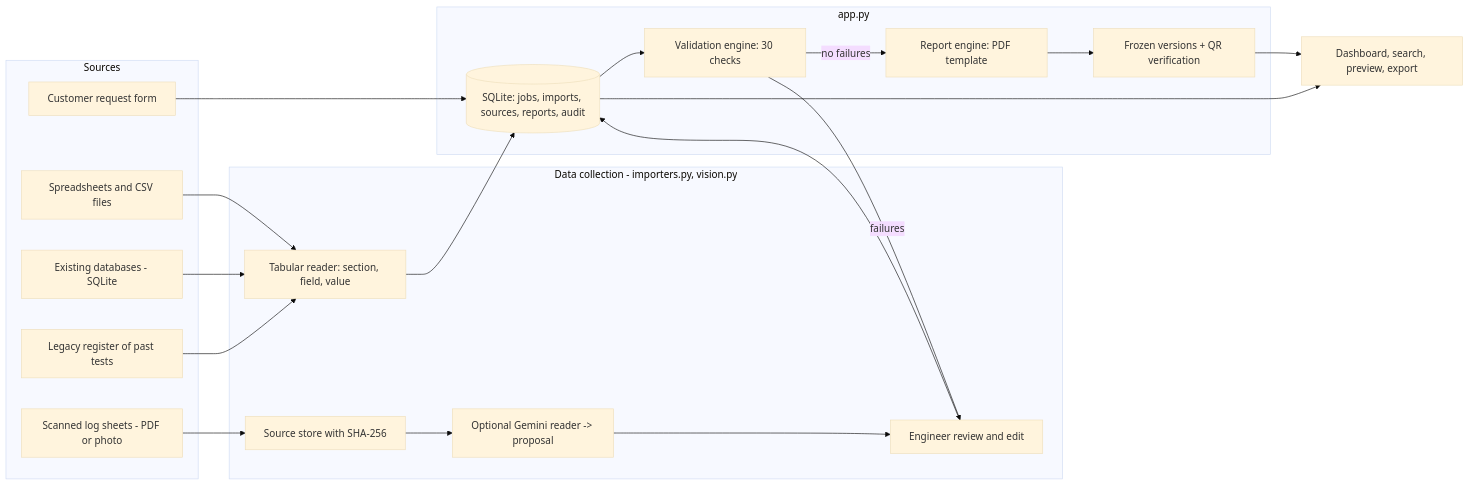
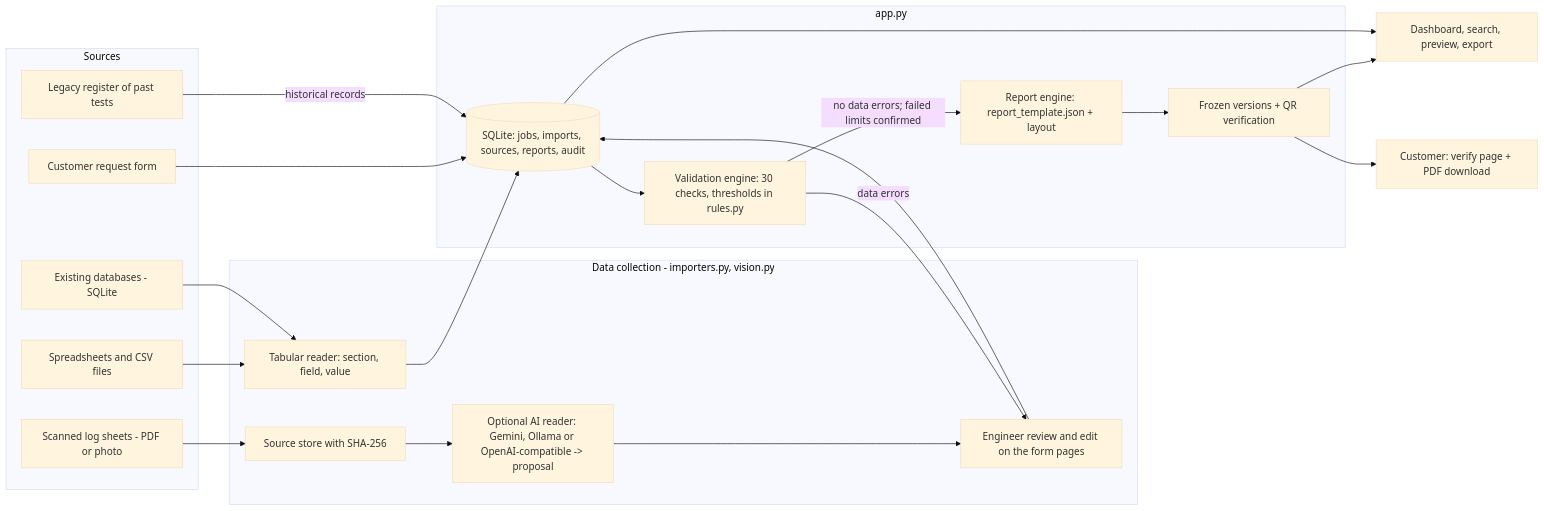
One commit to sid-zyy/Aletheia changed the diagram in docs/ARCHITECTURE.md. Above: the diagram before and after it, drawn with Mermaid (base theme). The commit also changed other lines of this file and 14 other files, not shown here.

````diff
--- a/docs/ARCHITECTURE.md
+++ b/docs/ARCHITECTURE.md
@@ -3,33 +5,35 @@
 ```mermaid
 flowchart LR
     subgraph Sources
         A1[Customer request form]
         A2[Spreadsheets and CSV files]
         A3[Existing databases - SQLite]
         A4[Scanned log sheets - PDF or photo]
         A5[Legacy register of past tests]
     end
     subgraph Collection["Data collection - importers.py, vision.py"]
         B1[Tabular reader: section, field, value]
         B2[Source store with SHA-256]
-        B3[Optional Gemini reader -> proposal]
-        B4[Engineer review and edit]
+        B3[Optional AI reader: Gemini, Ollama or OpenAI-compatible -> proposal]
+        B4[Engineer review and edit on the form pages]
     end
     subgraph Core["app.py"]
         C1[(SQLite: jobs, imports, sources, reports, audit)]
-        C2[Validation engine: 30 checks]
-        C3[Report engine: PDF template]
+        C2[Validation engine: 30 checks, thresholds in rules.py]
+        C3[Report engine: report_template.json + layout]
         C4[Frozen versions + QR verification]
     end
     D[Dashboard, search, preview, export]
+    E[Customer: verify page + PDF download]
     A1 --> C1
     A2 --> B1
     A3 --> B1
-    A5 --> B1
+    A5 -->|historical records| C1
     A4 --> B2 --> B3 --> B4
     B1 --> C1
     B4 --> C1
-    C1 --> C2 -->|no failures| C3 --> C4 --> D
-    C2 -->|failures| B4
+    C1 --> C2 -->|no data errors; failed limits confirmed| C3 --> C4 --> D
+    C2 -->|data errors| B4
+    C4 --> E
     C1 --> D
 ```
````
